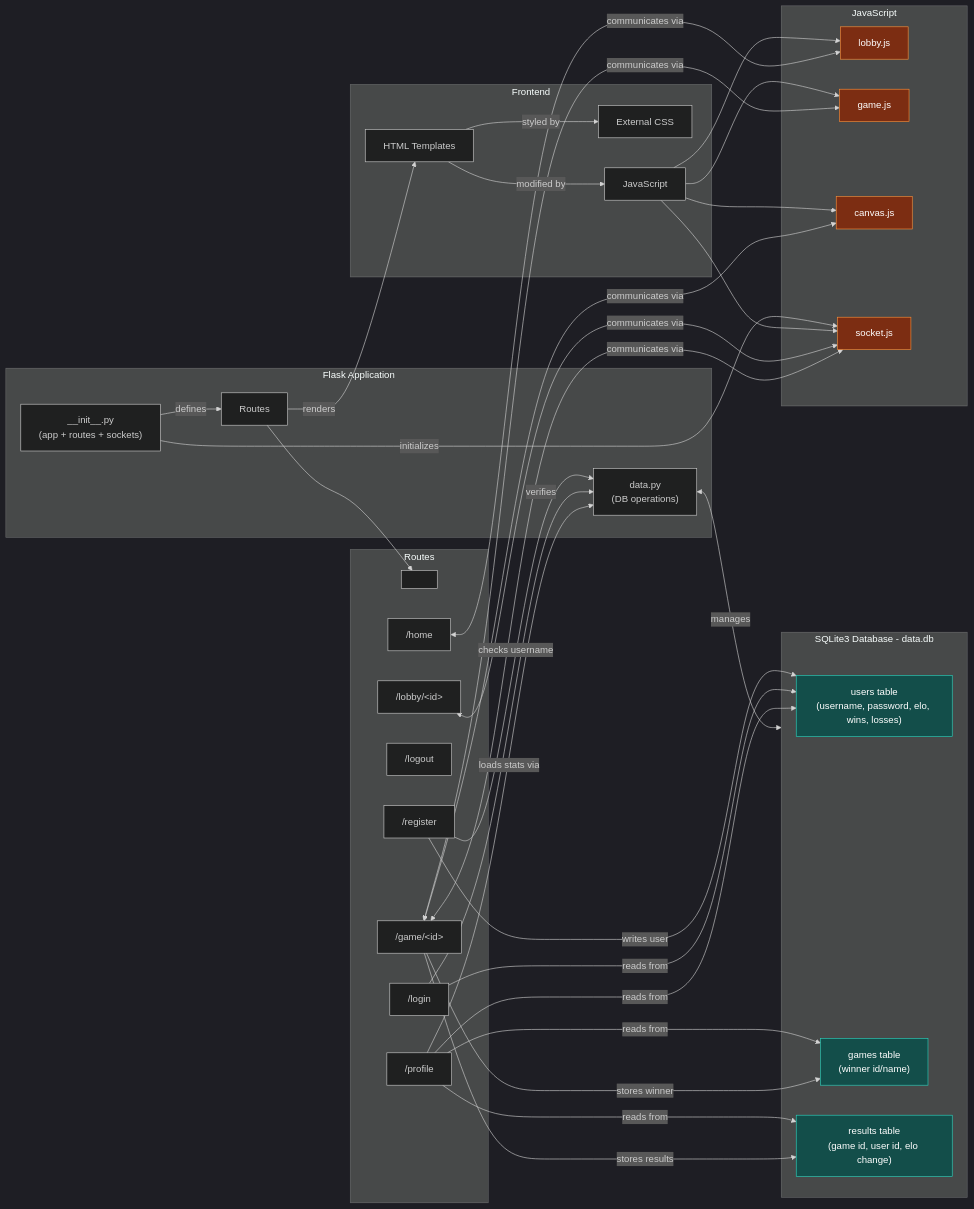
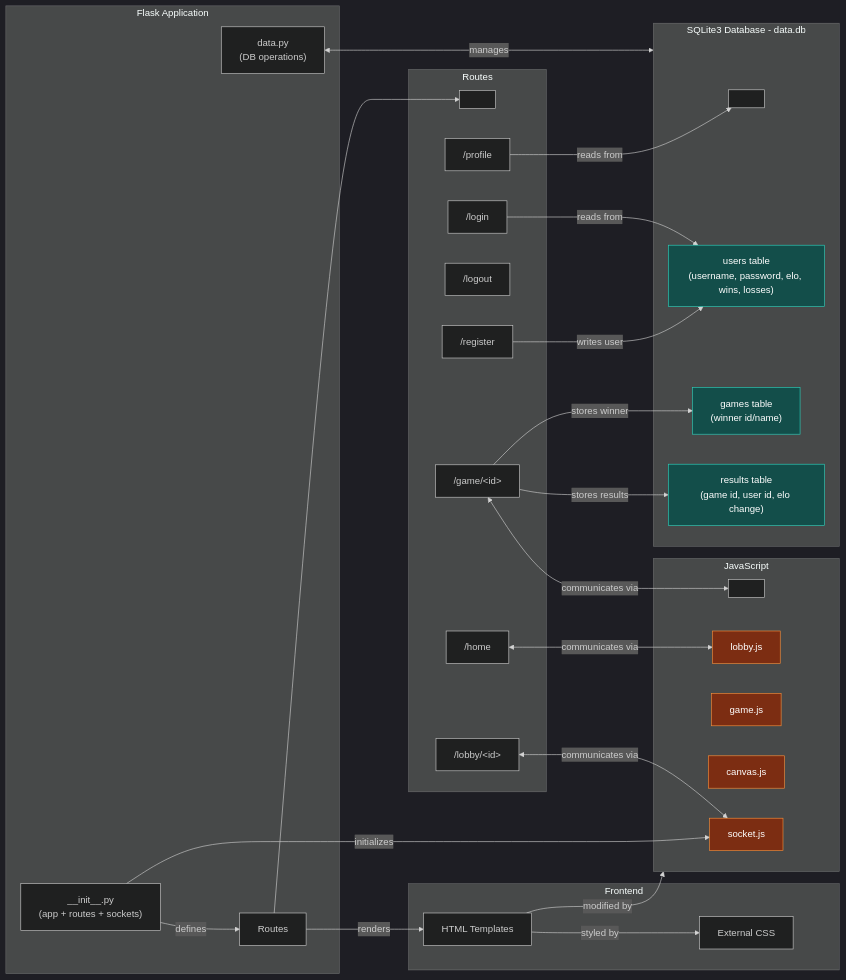
The first of 2 diagrams in old_design.md (SadgeCat/CopyrightedArtist), drawn with Mermaid before and after one commit. The commit also changed 1 other file, not shown here.

Commit message:
upd dd with images

````diff
--- a/old_design.md
+++ b/old_design.md
@@ -43,67 +43,64 @@
 ```mermaid
 ---
 config:
   theme: dark
 ---
 flowchart LR
  subgraph FlaskApp["Flask Application"]
         Init["__init__.py<br>(app + routes + sockets)"]
         Routes["Routes"]
         DataPy["data.py<br>(DB operations)"]
   end
  subgraph RoutesDetail["Routes"]
         RouteAnchor[" "]
         Register["/register"]
         Login["/login"]
         Logout["/logout"]
         Home["/home"]
         Lobby["/lobby/&lt;id&gt;"]
         Game["/game/&lt;id&gt;"]
         Profile["/profile"]
   end
  subgraph Database["SQLite3 Database - data.db"]
+        DBAnchor[" "]
         UsersTable["users table<br>(username, password, elo, wins, losses)"]
         GamesTable["games table<br>(winner id/name)"]
         ResultsTable["results table<br>(game id, user id, elo change)"]
   end
  subgraph Frontend["Frontend"]
         HTML["HTML Templates"]
         CSS["External CSS"]
-        JS["JavaScript"]
   end
  subgraph JSModules["JavaScript"]
+        JSAnchor[" "]
         LobbyJS["lobby.js"]
         GameJS["game.js"]
         CanvasJS["canvas.js"]
         SocketJS["socket.js"]
   end
     Init -- defines --> Routes
     Init -- initializes --> SocketJS
     Routes --> RouteAnchor
-    Register -- checks username --> DataPy
     Register -- writes user --> UsersTable
-    Login -- verifies --> DataPy
     Login -- reads from --> UsersTable
-    Profile -- loads stats via --> DataPy
-    Profile -- reads from --> UsersTable & GamesTable & ResultsTable
+    Profile -- reads from --> DBAnchor
     DataPy <-- manages --> Database
     Game -- stores winner --> GamesTable
     Game -- stores results --> ResultsTable
     Routes -- renders --> HTML
     HTML -- styled by --> CSS
-    HTML -- modified by --> JS
-    JS --> LobbyJS & GameJS & CanvasJS & SocketJS
+    HTML -- modified by --> JSModules
     Home <-- communicates via --> LobbyJS
     Lobby <-- communicates via --> SocketJS
-    Game <-- communicates via --> GameJS & CanvasJS & SocketJS
+    Game <-- communicates via --> JSAnchor
 
      UsersTable:::dbNode
      GamesTable:::dbNode
      ResultsTable:::dbNode
      LobbyJS:::jsNode
      GameJS:::jsNode
      CanvasJS:::jsNode
      SocketJS:::jsNode
     classDef dbNode fill:#134e4a,stroke:#2dd4bf,color:#ffffff
     classDef jsNode fill:#7c2d12,stroke:#fb923c,color:#ffffff
 ```
````
